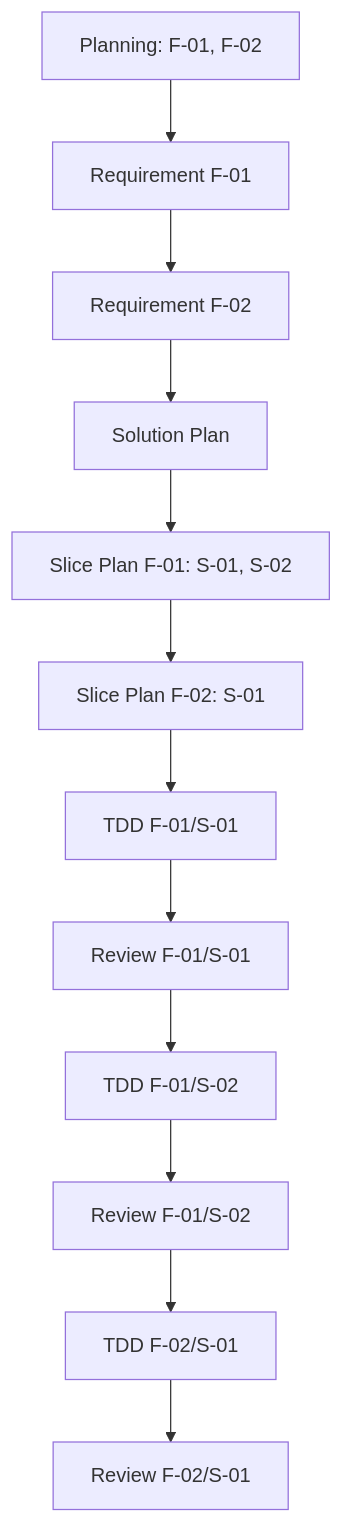
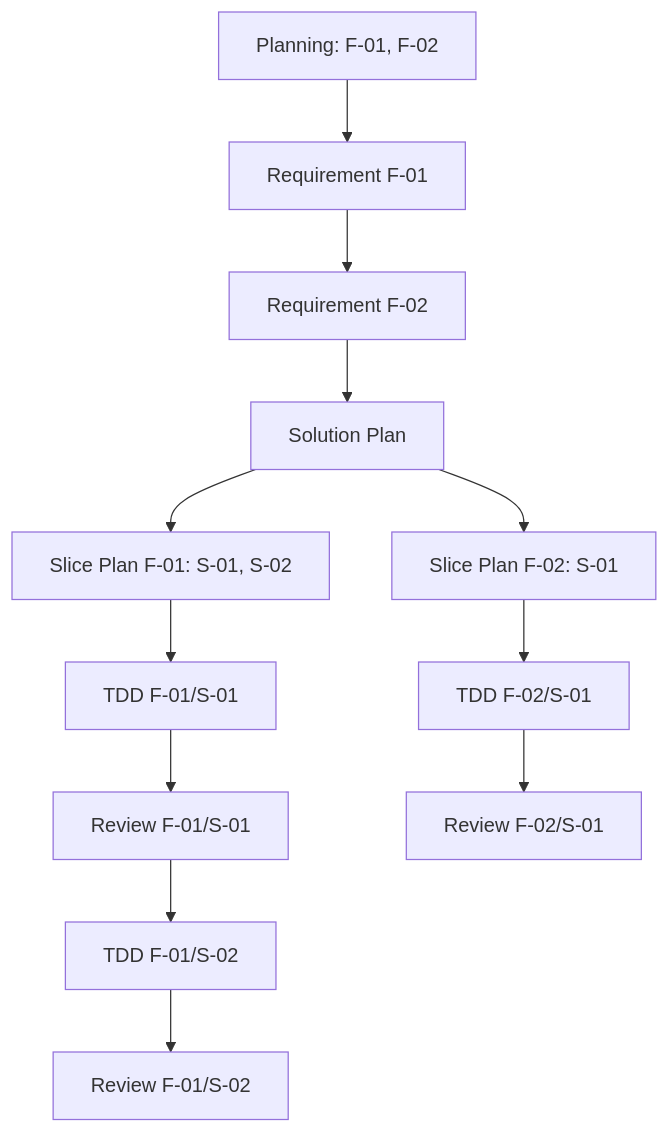
The fourth of 6 diagrams in ARCHITECTURE.md (idairen/forgeflow), drawn with Mermaid before and after one commit. The commit also changed other lines of this file and 22 other files, not shown here.

````diff
--- a/ARCHITECTURE.md
+++ b/ARCHITECTURE.md
@@ -369,17 +376,19 @@
 ```mermaid
 flowchart TD
     P[Planning: F-01, F-02]
     R1[Requirement F-01]
     R2[Requirement F-02]
     Sol[Solution Plan]
     SP1[Slice Plan F-01: S-01, S-02]
     SP2[Slice Plan F-02: S-01]
     T11[TDD F-01/S-01]
     V11[Review F-01/S-01]
     T12[TDD F-01/S-02]
     V12[Review F-01/S-02]
     T21[TDD F-02/S-01]
     V21[Review F-02/S-01]
 
-    P --> R1 --> R2 --> Sol --> SP1 --> SP2 --> T11 --> V11 --> T12 --> V12 --> T21 --> V21
+    P --> R1 --> R2 --> Sol
+    Sol --> SP1 --> T11 --> V11 --> T12 --> V12
+    Sol --> SP2 --> T21 --> V21
 ```
````
